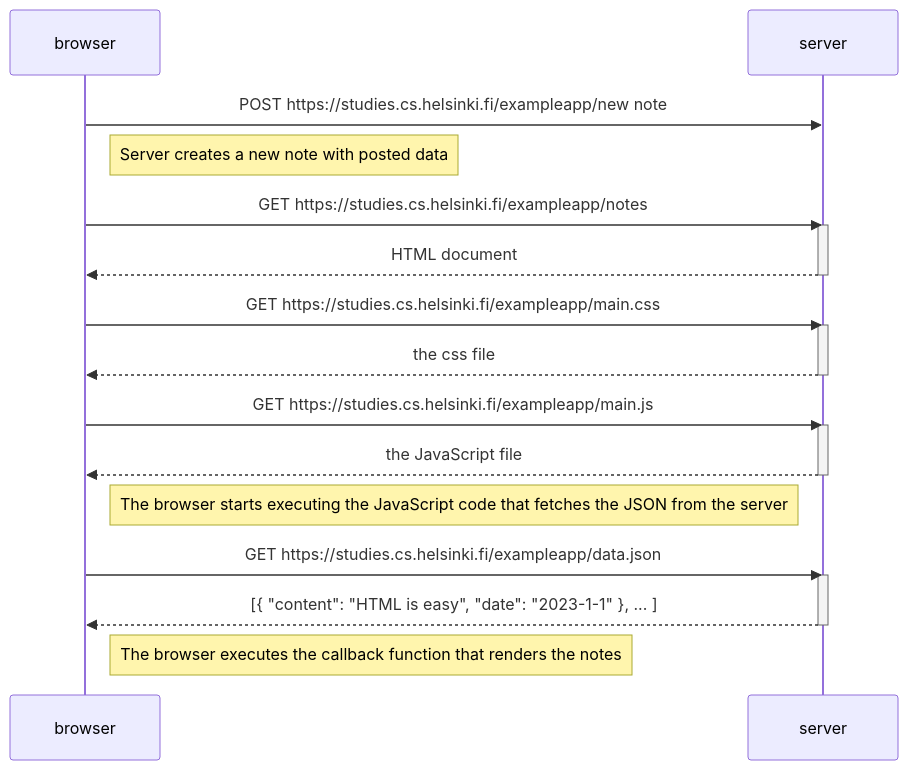
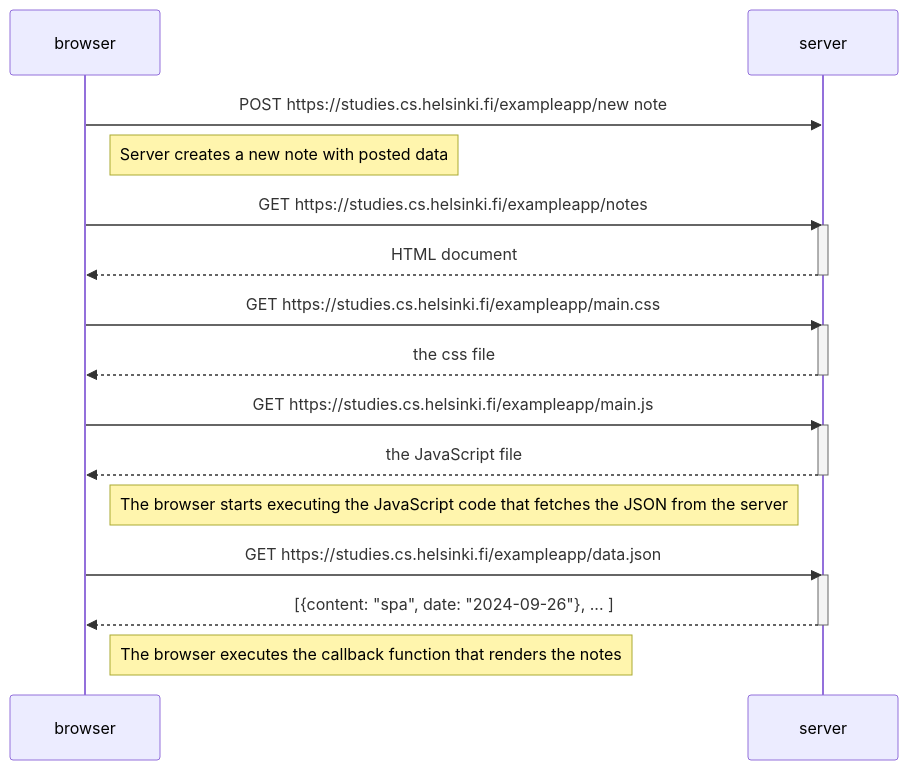
One commit to jrkaseva/mooc-fullstack-tehtavat changed the diagram in mermaid.md. Above: the diagram before and after it, drawn with Mermaid.

````diff
--- a/mermaid.md
+++ b/mermaid.md
@@ -1,33 +1,33 @@
 ```mermaid
 sequenceDiagram
     participant browser
     participant server
 
     browser->>server: POST https://studies.cs.helsinki.fi/exampleapp/new note
 
     Note right of browser: Server creates a new note with posted data
 
     browser->>server: GET https://studies.cs.helsinki.fi/exampleapp/notes
     activate server
     server-->>browser: HTML document
     deactivate server
     
     browser->>server: GET https://studies.cs.helsinki.fi/exampleapp/main.css
     activate server
     server-->>browser: the css file
     deactivate server
     
     browser->>server: GET https://studies.cs.helsinki.fi/exampleapp/main.js
     activate server
     server-->>browser: the JavaScript file
     deactivate server
     
     Note right of browser: The browser starts executing the JavaScript code that fetches the JSON from the server
     
     browser->>server: GET https://studies.cs.helsinki.fi/exampleapp/data.json
     activate server
-    server-->>browser: [{ "content": "HTML is easy", "date": "2023-1-1" }, ... ]
+    server-->>browser: [{content: "spa", date: "2024-09-26"}, ... ]
     deactivate server    
 
     Note right of browser: The browser executes the callback function that renders the notes 
 ```
````
